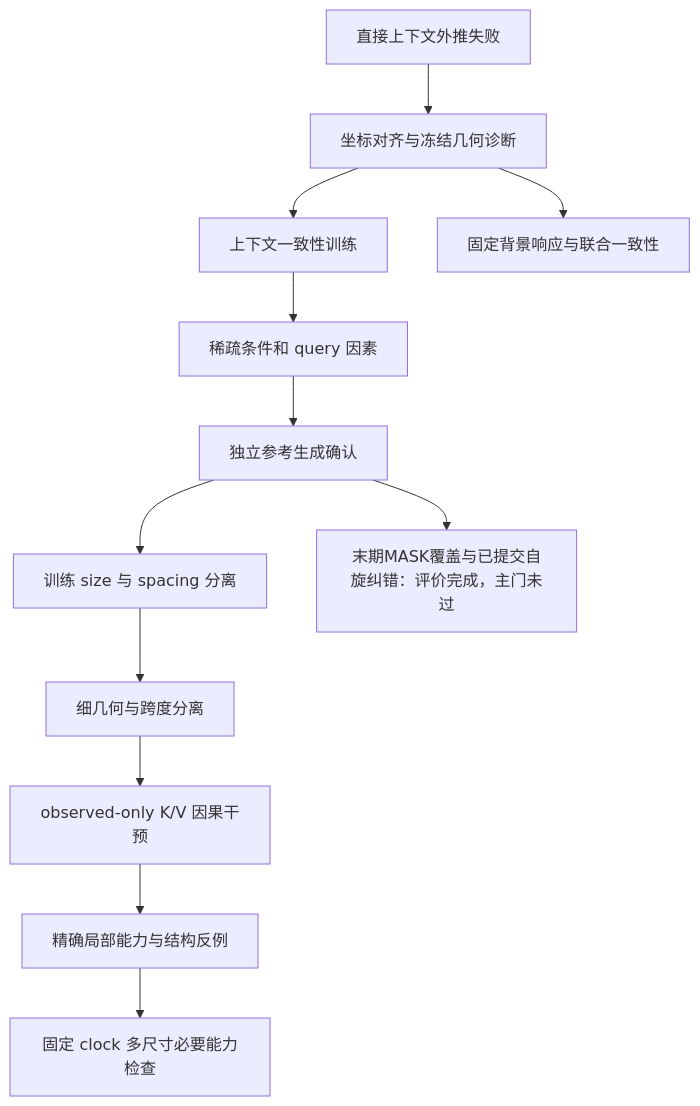
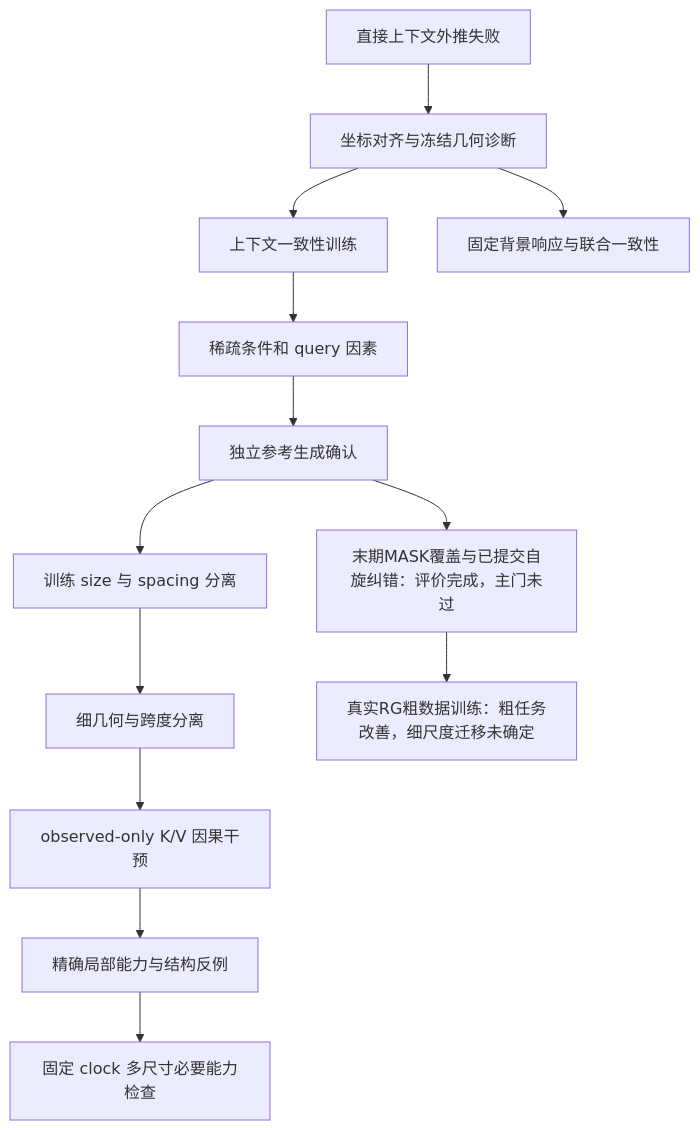
Before and after one commit to zxfly666/ISM: the first of 2 diagrams in experiments/README.md, drawn with Mermaid. The commit also changed other lines of this file and 407 other files, not shown here.

````diff
--- a/experiments/README.md
+++ b/experiments/README.md
@@ -44,14 +48,15 @@
 ```mermaid
 flowchart TD
   P[直接上下文外推失败] --> A[坐标对齐与冻结几何诊断]
   A --> F[上下文一致性训练]
   A --> X[固定背景响应与联合一致性]
   F --> T[稀疏条件和 query 因素]
   T --> B[独立参考生成确认]
   B --> G[训练 size 与 spacing 分离]
   G --> I[细几何与跨度分离]
   I --> J[observed-only K/V 因果干预]
   J --> E[精确局部能力与结构反例]
   E --> N[固定 clock 多尺寸必要能力检查]
   B --> M[末期MASK覆盖与已提交自旋纠错：评价完成，主门未过]
+  M --> RG[真实RG粗数据训练：粗任务改善，细尺度迁移未确定]
 ```
````
